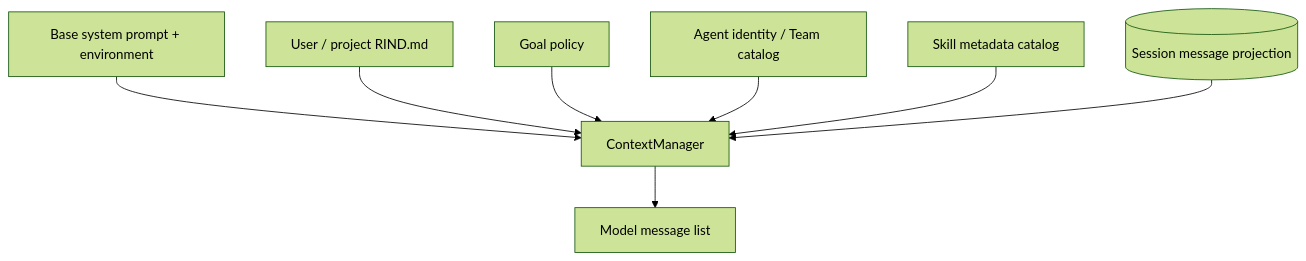
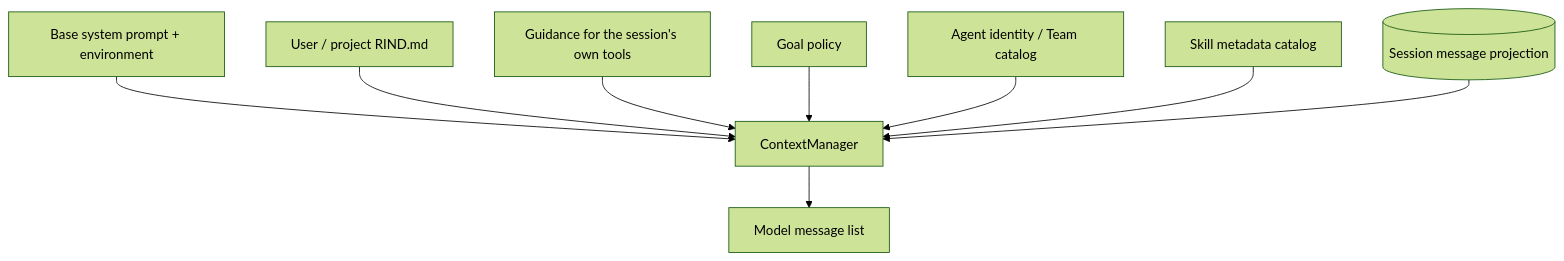
The diagram in docs/internals/02-context/prompt-assembly.md (Azzurroooo/rind), drawn with Mermaid (forest theme) before and after one commit. The commit also changed other lines of this file and 12 other files, not shown here.

```diff
--- a/docs/internals/02-context/prompt-assembly.md
+++ b/docs/internals/02-context/prompt-assembly.md
@@ -7,10 +7,11 @@
 ~~~mermaid
 flowchart TB
     BASE["Base system prompt + environment"] --> CM["ContextManager"]
     DOC["User / project RIND.md"] --> CM
+    TOOLS["Guidance for the session's own tools"] --> CM
     GOAL["Goal policy"] --> CM
     TEAM["Agent identity / Team catalog"] --> CM
     SKILL["Skill metadata catalog"] --> CM
     HIST[("Session message projection")] --> CM
     CM --> REQ["Model message list"]
 ~~~
```
